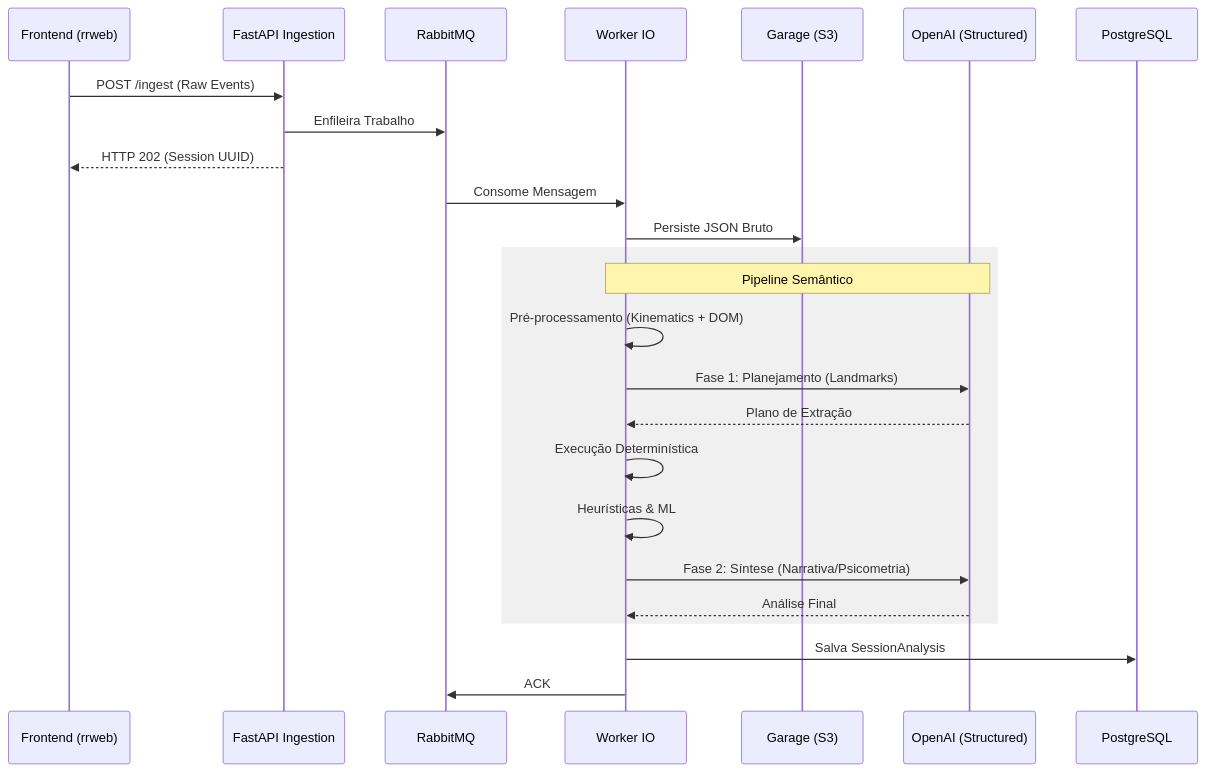
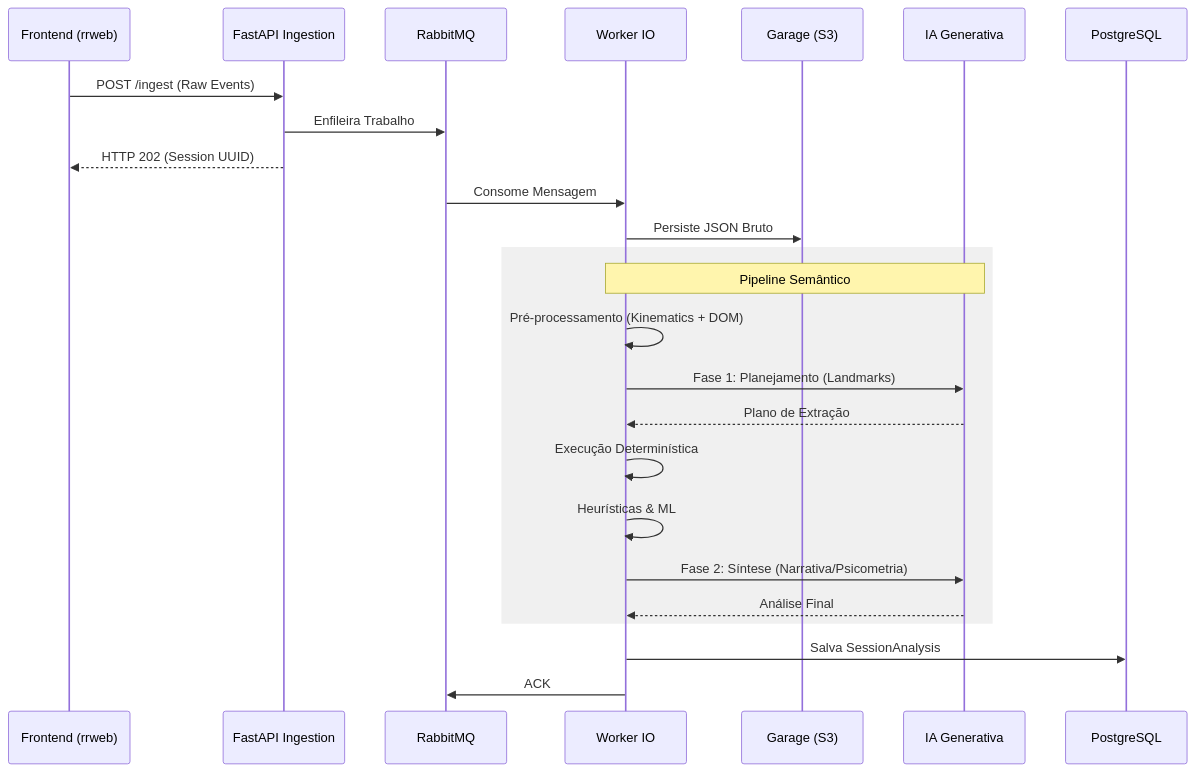
Before and after one commit to marcus-v-rodrigues/ux-auditor-api: the diagram in docs/overview.md, drawn with Mermaid. The commit also changed other lines of this file and 1 other file, not shown here.

````diff
--- a/docs/overview.md
+++ b/docs/overview.md
@@ -11,31 +11,31 @@
 ```mermaid
 sequenceDiagram
     participant FE as Frontend (rrweb)
     participant API as FastAPI Ingestion
     participant RMQ as RabbitMQ
     participant W as Worker IO
     participant S3 as Garage (S3)
-    participant LLM as OpenAI (Structured)
+    participant LLM as IA Generativa
     participant DB as PostgreSQL
 
     FE->>API: POST /ingest (Raw Events)
     API->>RMQ: Enfileira Trabalho
     API-->>FE: HTTP 202 (Session UUID)
     
     RMQ->>W: Consome Mensagem
     W->>S3: Persiste JSON Bruto
     
     rect rgb(240, 240, 240)
     Note over W, LLM: Pipeline Semântico
     W->>W: Pré-processamento (Kinematics + DOM)
     W->>LLM: Fase 1: Planejamento (Landmarks)
     LLM-->>W: Plano de Extração
     W->>W: Execução Determinística
     W->>W: Heurísticas & ML
     W->>LLM: Fase 2: Síntese (Narrativa/Psicometria)
     LLM-->>W: Análise Final
     end
 
     W->>DB: Salva SessionAnalysis
     W->>RMQ: ACK
 ```
````
